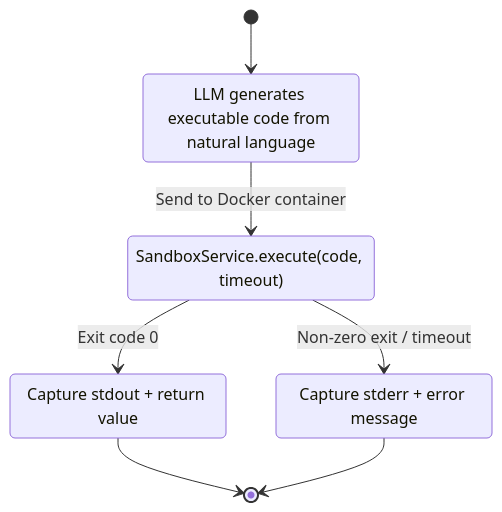
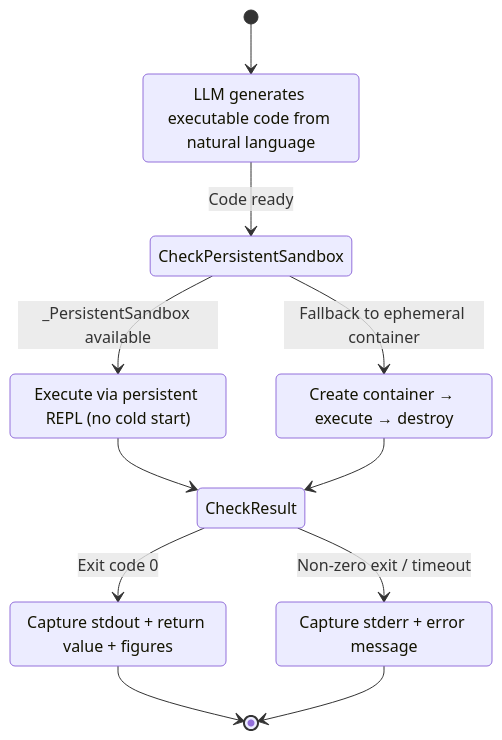
Before and after one commit to Zenobia000/openagent_backend: the fifth of 7 diagrams in Architecture_Refactoring_Toolkit/project_docs/11_processing_mode_state_machines.md, drawn with Mermaid. The commit also changed other lines of this file and 6 other files, not shown here.

First line of the commit message:
docs(architecture): update project docs + add report quality audit

````diff
--- a/Architecture_Refactoring_Toolkit/project_docs/11_processing_mode_state_machines.md
+++ b/Architecture_Refactoring_Toolkit/project_docs/11_processing_mode_state_machines.md
@@ -267,17 +274,26 @@
 ```mermaid
 stateDiagram-v2
     [*] --> GenerateCode
     GenerateCode: LLM generates executable code from natural language
-    GenerateCode --> ExecuteInSandbox: Send to Docker container
-    ExecuteInSandbox: SandboxService.execute(code, timeout)
+    GenerateCode --> CheckPersistentSandbox: Code ready
 
-    state ExecuteInSandbox <<choice>>
-    ExecuteInSandbox --> FormatSuccess: Exit code 0
-    ExecuteInSandbox --> FormatError: Non-zero exit / timeout
+    state CheckPersistentSandbox <<choice>>
+    CheckPersistentSandbox --> PersistentExec: _PersistentSandbox available
+    CheckPersistentSandbox --> EphemeralExec: Fallback to ephemeral container
 
-    FormatSuccess: Capture stdout + return value
+    PersistentExec: Execute via persistent REPL (no cold start)
+    EphemeralExec: Create container → execute → destroy
+
+    PersistentExec --> CheckResult
+    EphemeralExec --> CheckResult
+
+    state CheckResult <<choice>>
+    CheckResult --> FormatSuccess: Exit code 0
+    CheckResult --> FormatError: Non-zero exit / timeout
+
+    FormatSuccess: Capture stdout + return value + figures
     FormatError: Capture stderr + error message
 
     FormatSuccess --> [*]
     FormatError --> [*]
 ```
````
